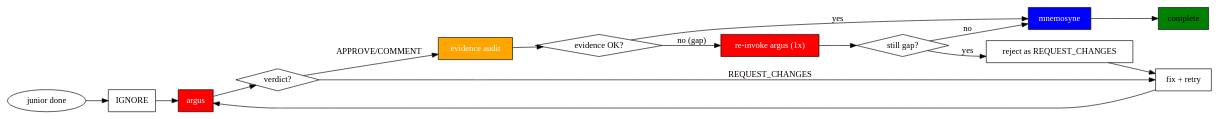
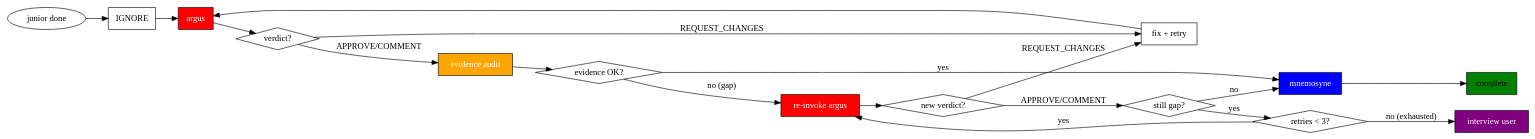
One commit to toongri/oh-my-toong-playground changed the second of 4 diagrams in skills/sisyphus/SKILL.md. Above: the diagram before and after it, drawn with Graphviz. The commit also changed other lines of this file and 1 other file, not shown here.

Commit message:
feat: Evidence Audit Gate retry 로직 및 공통 fallback 규칙 추가

````diff
--- a/skills/sisyphus/SKILL.md
+++ b/skills/sisyphus/SKILL.md
@@ -150,30 +150,35 @@
 ```dot
 digraph verification_flow {
     rankdir=LR;
     "junior done" [shape=ellipse];
     "IGNORE" [shape=box];
     "argus" [shape=box, style=filled, fillcolor=red, fontcolor=white];
     "verdict?" [shape=diamond];
     "evidence audit" [shape=box, style=filled, fillcolor=orange, fontcolor=white];
     "evidence OK?" [shape=diamond];
-    "re-invoke argus (1x)" [shape=box, style=filled, fillcolor=red, fontcolor=white];
+    "re-invoke argus" [shape=box, style=filled, fillcolor=red, fontcolor=white];
+    "new verdict?" [shape=diamond];
     "still gap?" [shape=diamond];
-    "reject as REQUEST_CHANGES" [shape=box];
+    "retries < 3?" [shape=diamond];
+    "interview user" [shape=box, style=filled, fillcolor=purple, fontcolor=white];
     "mnemosyne" [shape=box, style=filled, fillcolor=blue, fontcolor=white];
     "complete" [shape=box, style=filled, fillcolor=green];
     "fix + retry" [shape=box];
 
     "junior done" -> "IGNORE" -> "argus" -> "verdict?";
     "verdict?" -> "fix + retry" [label="REQUEST_CHANGES"];
     "verdict?" -> "evidence audit" [label="APPROVE/COMMENT"];
     "evidence audit" -> "evidence OK?";
     "evidence OK?" -> "mnemosyne" [label="yes"];
-    "evidence OK?" -> "re-invoke argus (1x)" [label="no (gap)"];
-    "re-invoke argus (1x)" -> "still gap?";
+    "evidence OK?" -> "re-invoke argus" [label="no (gap)"];
+    "re-invoke argus" -> "new verdict?";
+    "new verdict?" -> "fix + retry" [label="REQUEST_CHANGES"];
+    "new verdict?" -> "still gap?" [label="APPROVE/COMMENT"];
     "still gap?" -> "mnemosyne" [label="no"];
-    "still gap?" -> "reject as REQUEST_CHANGES" [label="yes"];
+    "still gap?" -> "retries < 3?" [label="yes"];
+    "retries < 3?" -> "re-invoke argus" [label="yes"];
+    "retries < 3?" -> "interview user" [label="no (exhausted)"];
     "mnemosyne" -> "complete";
     "fix + retry" -> "argus";
-    "reject as REQUEST_CHANGES" -> "fix + retry";
 }
 ```
````
